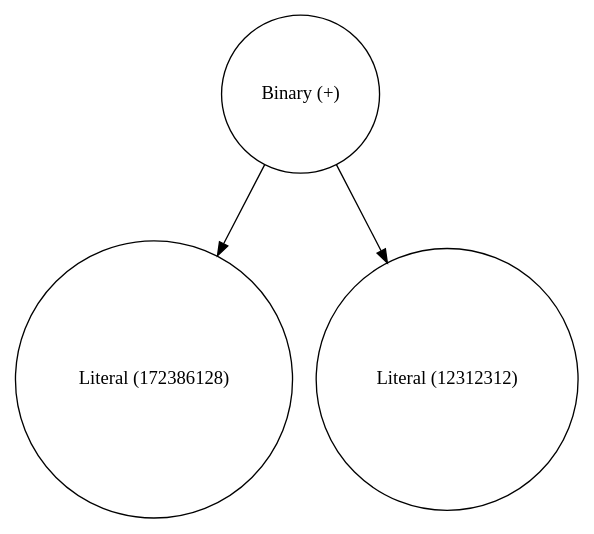
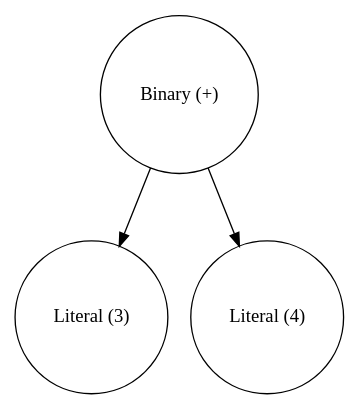
Before and after one commit to chosti34/CompilerCreationTool: the diagram in CompilerCreationTool/CompilerCreationTool/ast.dot, drawn with Graphviz. The commit also changed 20 other files, not shown here.

```diff
--- a/CompilerCreationTool/CompilerCreationTool/ast.dot
+++ b/CompilerCreationTool/CompilerCreationTool/ast.dot
@@ -1,7 +1,7 @@
 digraph {
 0 [shape="circle" label="Binary (+)"];
-1 [shape="circle" label="Literal (172386128)"];
-2 [shape="circle" label="Literal (12312312)"];
+1 [shape="circle" label="Literal (3)"];
+2 [shape="circle" label="Literal (4)"];
 0->1 [label=" "];
 0->2 [label=" "];
 }
```
